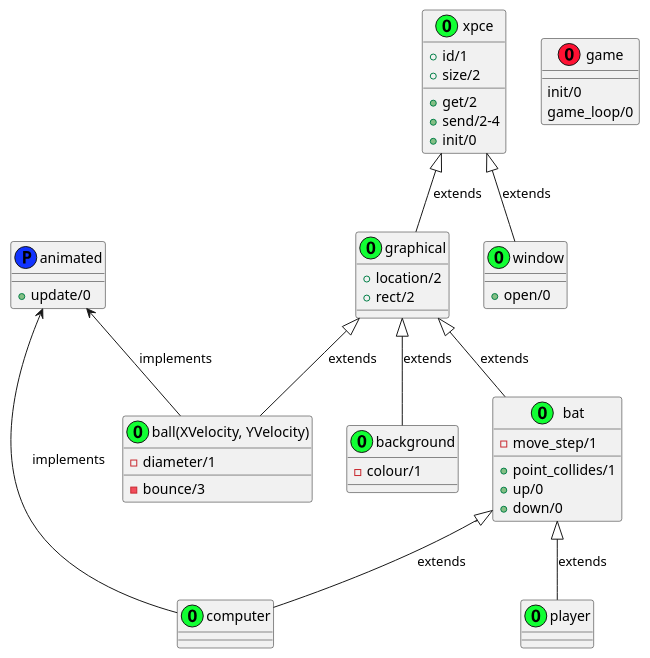
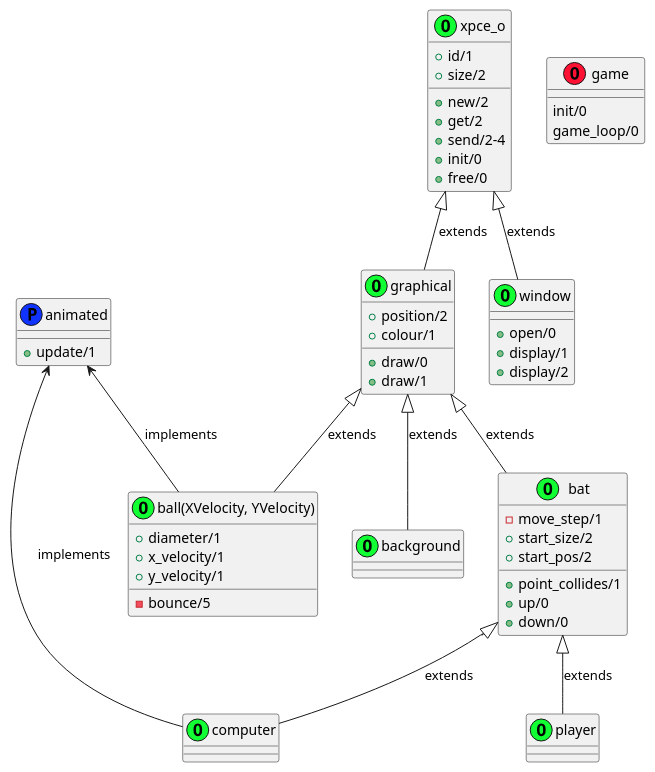
Before and after one commit to logicmoo/logicmoo_workspace: the diagram in design.pu, drawn with PlantUML. The commit also changed 2 other files, not shown here.

```diff
--- a/design.pu
+++ b/design.pu
@@ -1,59 +1,69 @@
 @startuml
 
 class animated << (P, #1133FF) >> {
-    {method} +update/0
+    {method} +update/1
 }
 
-class xpce << (O, #11FF33) >> {
+class xpce_o << (O, #11FF33) >> {
     {field} +id/1
     {field} +size/2
+    {method} +new/2
     {method} +get/2
     {method} +send/2-4
     {method} +init/0
+    {method} +free/0
 }
 
 class graphical << (O, #11FF33) >> {
-    {field} +location/2
-    {field} +rect/2
+    {field} +position/2
+    {field} +colour/1
+    {method} +draw/0
+    {method} +draw/1
 }
 
 class window << (O, #11FF33) >> {
     {method} +open/0
+    {method} +display/1
+    {method} +display/2
 }
 
-class background << (O, #11FF33) >> {
-    {field} -colour/1
-}
+class background << (O, #11FF33) >>
+
 
 class bat << (O, #11FF33) >> {
     {field} -move_step/1
+    {field} +start_size/2
+    {field} +start_pos/2
     {method} +point_collides/1
     {method} +up/0
     {method} +down/0
 }
 
 class player << (O, #11FF33) >>
 
 class computer << (O, #11FF33) >>
 
 class game << (O, #FF1133) >> {
     {method} init/0
     {method} game_loop/0
 }
 
 class "ball(XVelocity, YVelocity)" << (O, #11FF33) >> {
-    {field} -diameter/1
-    {method} -bounce/3
+    {field} +diameter/1
+    {field} +x_velocity/1
+    {field} +y_velocity/1
+
+    {method} -bounce/5
 }
 
-xpce <|-- window : extends
-xpce <|-- graphical : extends
+xpce_o <|-- window : extends
+xpce_o <|-- graphical : extends
 graphical <|-- background : extends
 graphical <|-- bat : extends
 bat <|-- player : extends
 bat <|-- computer : extends
 graphical <|-- "ball(XVelocity, YVelocity)" : extends
 animated <-- computer : implements
 animated <-- "ball(XVelocity, YVelocity)" : implements
 
 @enduml
```
